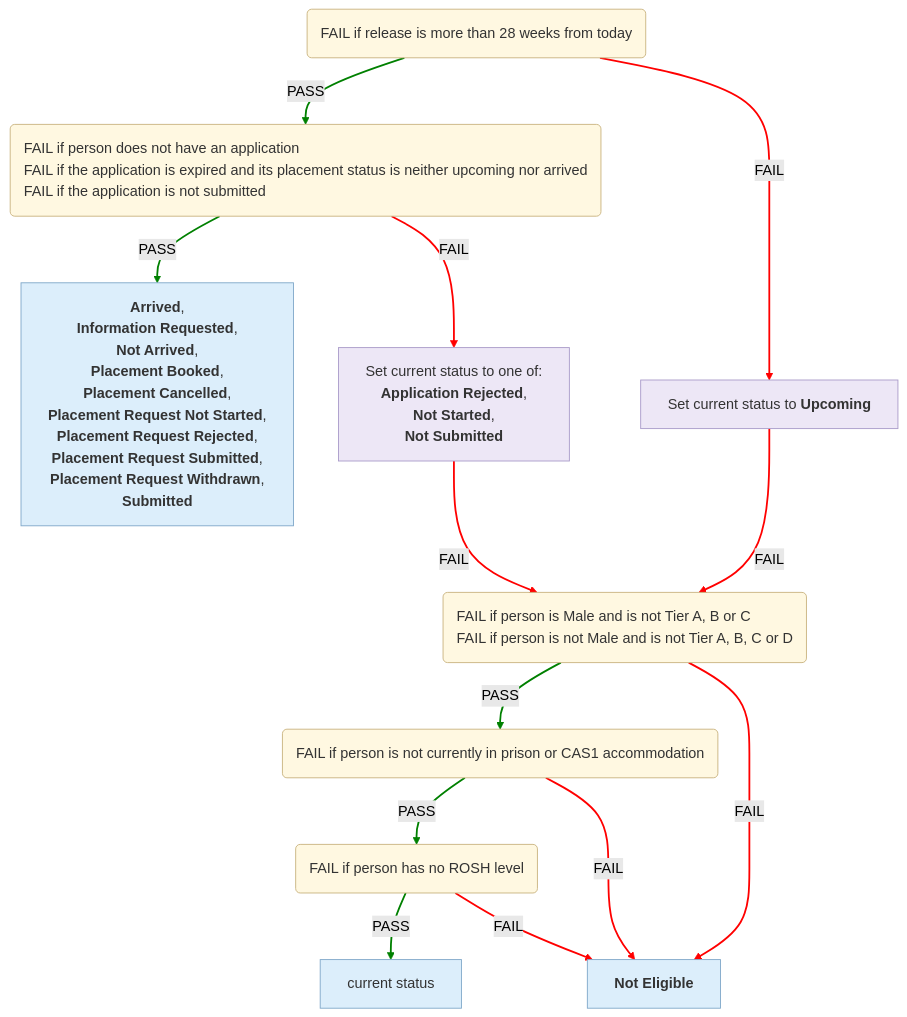
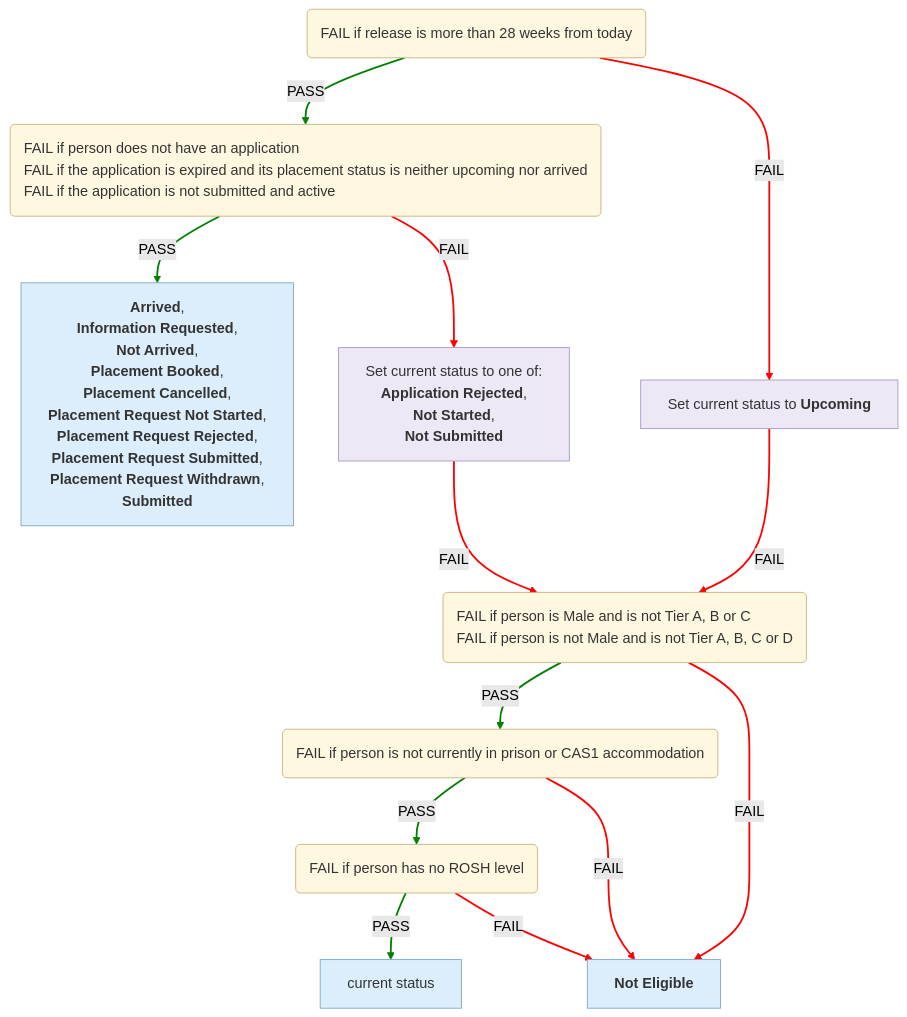
The first of 6 diagrams in docs/eligibility-rules-graph.md (ministryofjustice/hmpps-single-accommodation-service-api), drawn with Mermaid (forest theme) before and after one commit. The commit also changed other lines of this file, not shown here.

Commit message:
chore/SAS-1544-Make-language-more-natural-for-Fail-descriptions

````diff
--- a/docs/eligibility-rules-graph.md
+++ b/docs/eligibility-rules-graph.md
@@ -9,49 +9,49 @@
 ```mermaid
 %%{init: {"flowchart": {"wrappingWidth": 800}}}%%
 flowchart TD
   Upcoming("<div style='text-align:left'>FAIL if release is more than 28 weeks from today</div>")
   Suitability("<div style='text-align:left'>FAIL if person does not have an application
 FAIL if the application is expired and its placement status is neither upcoming nor arrived
-FAIL if the application is not submitted</div>")
+FAIL if the application is not submitted and active</div>")
   outcome_Cas1CompletionContextUpdater["<b>Arrived</b>,
  <b>Information Requested</b>,
  <b>Not Arrived</b>,
  <b>Placement Booked</b>,
  <b>Placement Cancelled</b>,
  <b>Placement Request Not Started</b>,
  <b>Placement Request Rejected</b>,
  <b>Placement Request Submitted</b>,
  <b>Placement Request Withdrawn</b>,
  <b>Submitted</b>"]
   updater_Cas1SuitabilityContextUpdater["Set current status to one of:
 <b>Application Rejected</b>,
  <b>Not Started</b>,
  <b>Not Submitted</b>"]
   Eligibility_Tier("<div style='text-align:left'>FAIL if person is Male and is not Tier A, B or C
 FAIL if person is not Male and is not Tier A, B, C or D</div>")
   Eligibility_Current_Accommodation("<div style='text-align:left'>FAIL if person is not currently in prison or CAS1 accommodation</div>")
   Eligibility_Rosh("<div style='text-align:left'>FAIL if person has no ROSH level</div>")
   confirmed["current status"]
   CAS1_NOT_ELIGIBLE["<b>Not Eligible</b>"]
   updater_Cas1UpcomingContextUpdater["Set current status to <b>Upcoming</b>"]
   Suitability -->|PASS| outcome_Cas1CompletionContextUpdater
   Suitability -->|FAIL| updater_Cas1SuitabilityContextUpdater
   Eligibility_Rosh -->|PASS| confirmed
   Eligibility_Rosh -->|FAIL| CAS1_NOT_ELIGIBLE
   Eligibility_Current_Accommodation -->|PASS| Eligibility_Rosh
   Eligibility_Current_Accommodation -->|FAIL| CAS1_NOT_ELIGIBLE
   Eligibility_Tier -->|PASS| Eligibility_Current_Accommodation
   Eligibility_Tier -->|FAIL| CAS1_NOT_ELIGIBLE
   updater_Cas1SuitabilityContextUpdater -->|FAIL| Eligibility_Tier
   Upcoming -->|PASS| Suitability
   Upcoming -->|FAIL| updater_Cas1UpcomingContextUpdater
   updater_Cas1UpcomingContextUpdater -->|FAIL| Eligibility_Tier
   linkStyle 0,2,4,6,9 stroke:green,stroke-width:2px
   linkStyle 1,3,5,7,8,10,11 stroke:red,stroke-width:2px
   classDef ruleSetNode fill:#FFF8E1,stroke:#C9B37E,color:#333
   classDef outcomeNode fill:#DCEEFB,stroke:#7FA7C9,color:#333
   classDef updaterNode fill:#EDE7F6,stroke:#A99BC9,color:#333
   class Upcoming,Suitability,Eligibility_Tier,Eligibility_Current_Accommodation,Eligibility_Rosh ruleSetNode
   class outcome_Cas1CompletionContextUpdater,confirmed,CAS1_NOT_ELIGIBLE outcomeNode
   class updater_Cas1SuitabilityContextUpdater,updater_Cas1UpcomingContextUpdater updaterNode
 ```
````
